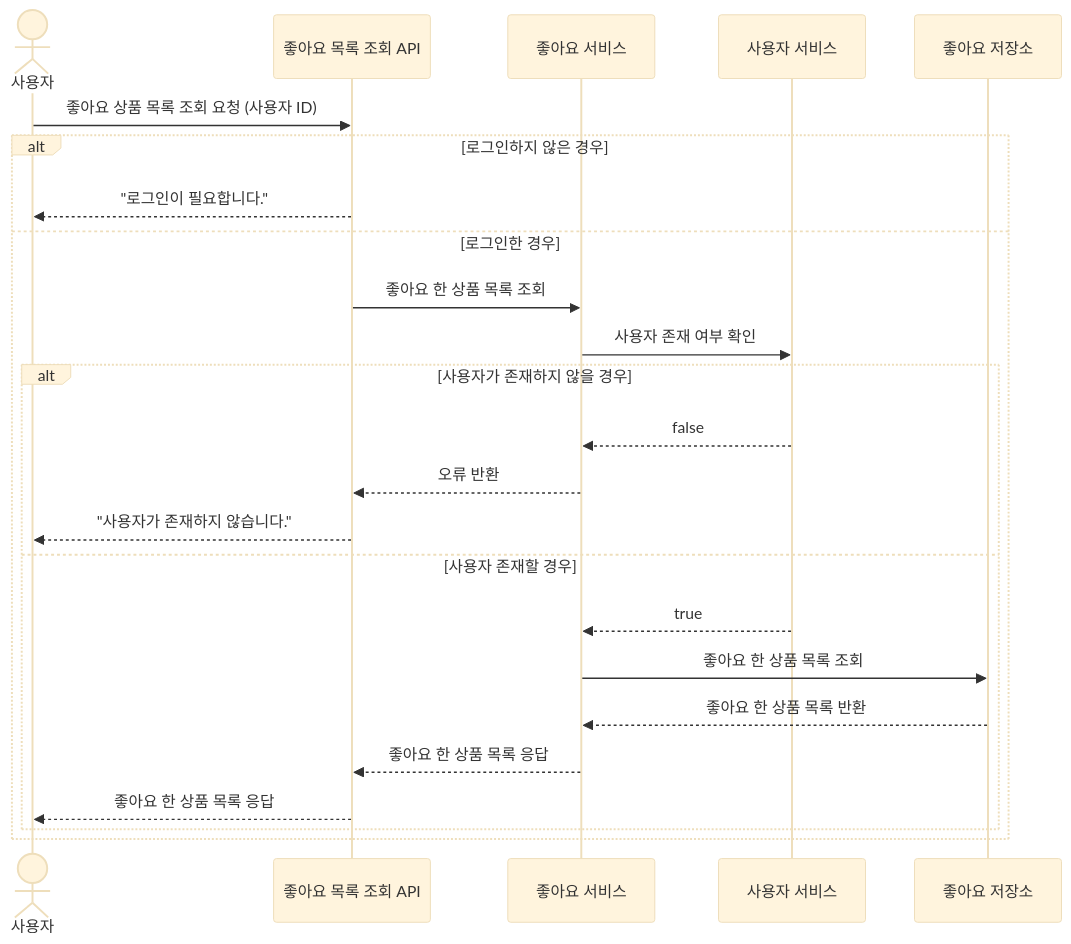
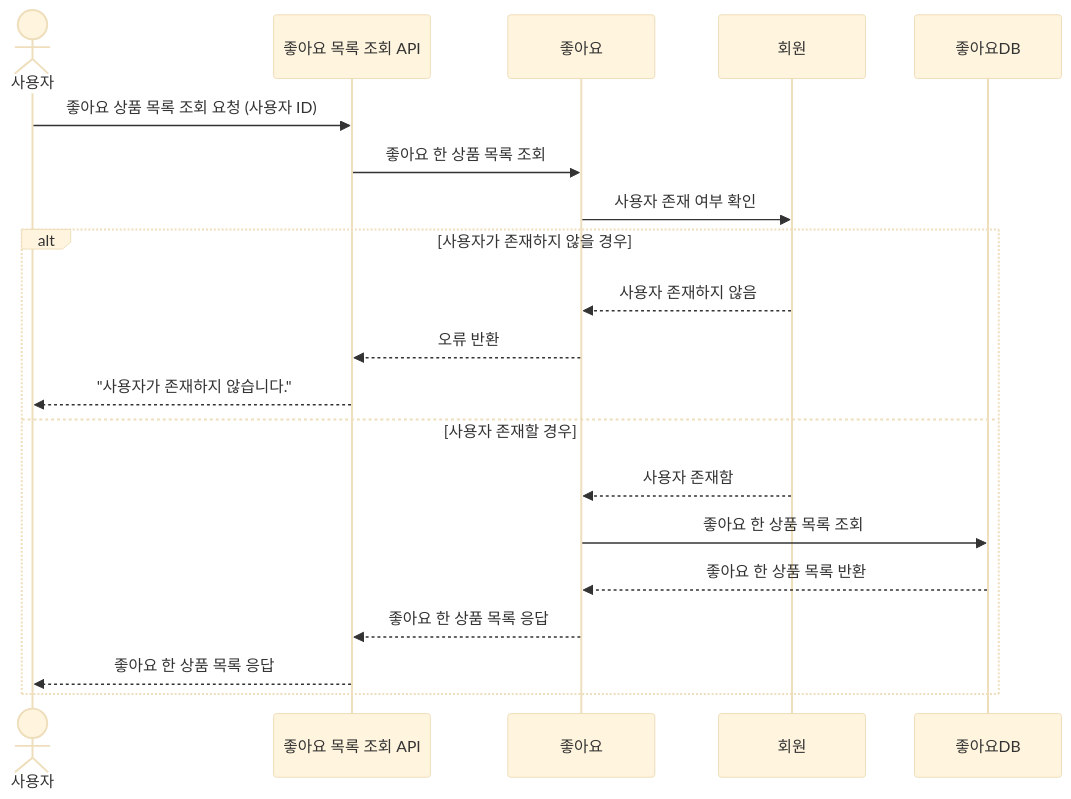
One commit to kodonghee/loopers-e-commerce changed the sixth of 6 diagrams in docs/design/02-sequence-diagrams.md. Above: the diagram before and after it, drawn with Mermaid (base theme). The commit also changed other lines of this file, not shown here.

Commit message:
fix: 시퀀스 다이어그램 - 고수준으로 변경

````diff
--- a/docs/design/02-sequence-diagrams.md
+++ b/docs/design/02-sequence-diagrams.md
@@ -139,29 +134,25 @@
 ```mermaid
 sequenceDiagram
 actor 사용자
 participant 좋아요 목록 조회 API
-participant 좋아요 서비스
-participant 사용자 서비스
-participant 좋아요 저장소
+participant 좋아요
+participant 회원
+participant 좋아요DB
 
     사용자->>좋아요 목록 조회 API: 좋아요 상품 목록 조회 요청 (사용자 ID)
 
-    alt 로그인하지 않은 경우
-        좋아요 목록 조회 API-->>사용자: "로그인이 필요합니다."
-    else 로그인한 경우
-        좋아요 목록 조회 API->>좋아요 서비스: 좋아요 한 상품 목록 조회
-        좋아요 서비스->>사용자 서비스: 사용자 존재 여부 확인
+    좋아요 목록 조회 API->>좋아요: 좋아요 한 상품 목록 조회
+    좋아요->>회원: 사용자 존재 여부 확인
 
-        alt 사용자가 존재하지 않을 경우
-            사용자 서비스-->>좋아요 서비스: false
-            좋아요 서비스-->>좋아요 목록 조회 API: 오류 반환
-            좋아요 목록 조회 API-->>사용자: "사용자가 존재하지 않습니다."
-        else 사용자 존재할 경우
-            사용자 서비스-->>좋아요 서비스: true
-            좋아요 서비스->>좋아요 저장소: 좋아요 한 상품 목록 조회
-            좋아요 저장소-->>좋아요 서비스: 좋아요 한 상품 목록 반환
-            좋아요 서비스-->>좋아요 목록 조회 API: 좋아요 한 상품 목록 응답
-            좋아요 목록 조회 API-->>사용자: 좋아요 한 상품 목록 응답
-        end
+    alt 사용자가 존재하지 않을 경우
+        회원-->>좋아요: 사용자 존재하지 않음
+        좋아요-->>좋아요 목록 조회 API: 오류 반환
+        좋아요 목록 조회 API-->>사용자: "사용자가 존재하지 않습니다."
+    else 사용자 존재할 경우
+        회원-->>좋아요: 사용자 존재함
+        좋아요->>좋아요DB: 좋아요 한 상품 목록 조회
+        좋아요DB-->>좋아요: 좋아요 한 상품 목록 반환
+        좋아요-->>좋아요 목록 조회 API: 좋아요 한 상품 목록 응답
+        좋아요 목록 조회 API-->>사용자: 좋아요 한 상품 목록 응답
     end
 ```
````
